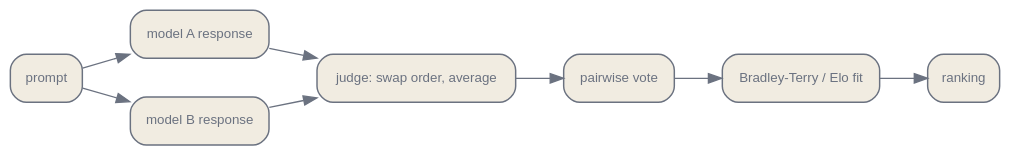
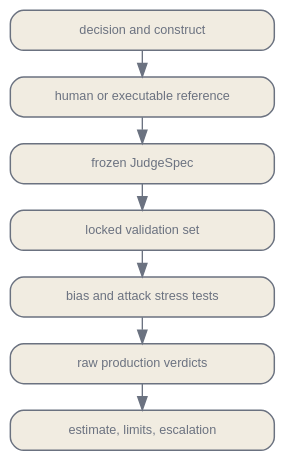
One commit to latere-ai/ai-as-an-infrastructure changed the diagram in en/evaluation/04-judging-holistic.qmd. Above: the diagram before and after it, drawn with Graphviz. The commit also changed other lines of this file and 5 other files, not shown here.

Commit message:
docs: rewrite model judge measurement contract

````diff
--- a/en/evaluation/04-judging-holistic.qmd
+++ b/en/evaluation/04-judging-holistic.qmd
@@ -108,25 +21,19 @@
 ```{dot}
-//| label: fig-judging-holistic-arena
-//| fig-cap: "Arena-style ranking: each prompt yields two responses, a position-swapped judge casts one pairwise vote, and a Bradley-Terry or Elo fit over many votes recovers a single ranking."
+//| label: fig-judge-measurement-contract
+//| fig-cap: "A judge becomes a measurement instrument only after the construct, human or executable reference, judge specification, locked validation, and stress tests are connected. Production verdicts preserve that provenance."
 digraph {
   bgcolor="transparent";
-  rankdir=LR;
-  nodesep=0.4; ranksep=0.5;
-  node [shape=box, style="rounded,filled", fontname="Helvetica", fontsize=10, color="#6b7280", fontcolor="#6b7280", fillcolor="#f1ece1", penwidth=1.1];
-  edge [fontsize=10, fontname="Helvetica", color="#6b7280", fontcolor="#6b7280"];
-  P [label="prompt"];
-  A [label="model A response"];
-  B [label="model B response"];
-  J [label="judge: swap order, average"];
-  V [label="pairwise vote"];
-  E [label="Bradley-Terry / Elo fit"];
-  R [label="ranking"];
-  P -> A;
-  P -> B;
-  A -> J;
-  B -> J;
-  J -> V;
-  V -> E;
-  E -> R;
+  rankdir=TB;
+  nodesep=0.22; ranksep=0.28;
+  node [shape=box, style="rounded,filled", fixedsize=true, width=2.75, height=0.42, fontname="Helvetica", fontsize=9.5, color="#6b7280", fontcolor="#6b7280", fillcolor="#f1ece1", penwidth=1.1];
+  edge [fontsize=9, fontname="Helvetica", color="#6b7280", fontcolor="#6b7280"];
+  D [label="decision and construct"];
+  H [label="human or executable reference"];
+  J [label="frozen JudgeSpec"];
+  V [label="locked validation set"];
+  T [label="bias and attack stress tests"];
+  R [label="raw production verdicts"];
+  O [label="estimate, limits, escalation"];
+  D -> H -> J -> V -> T -> R -> O;
 }
 ```
````
